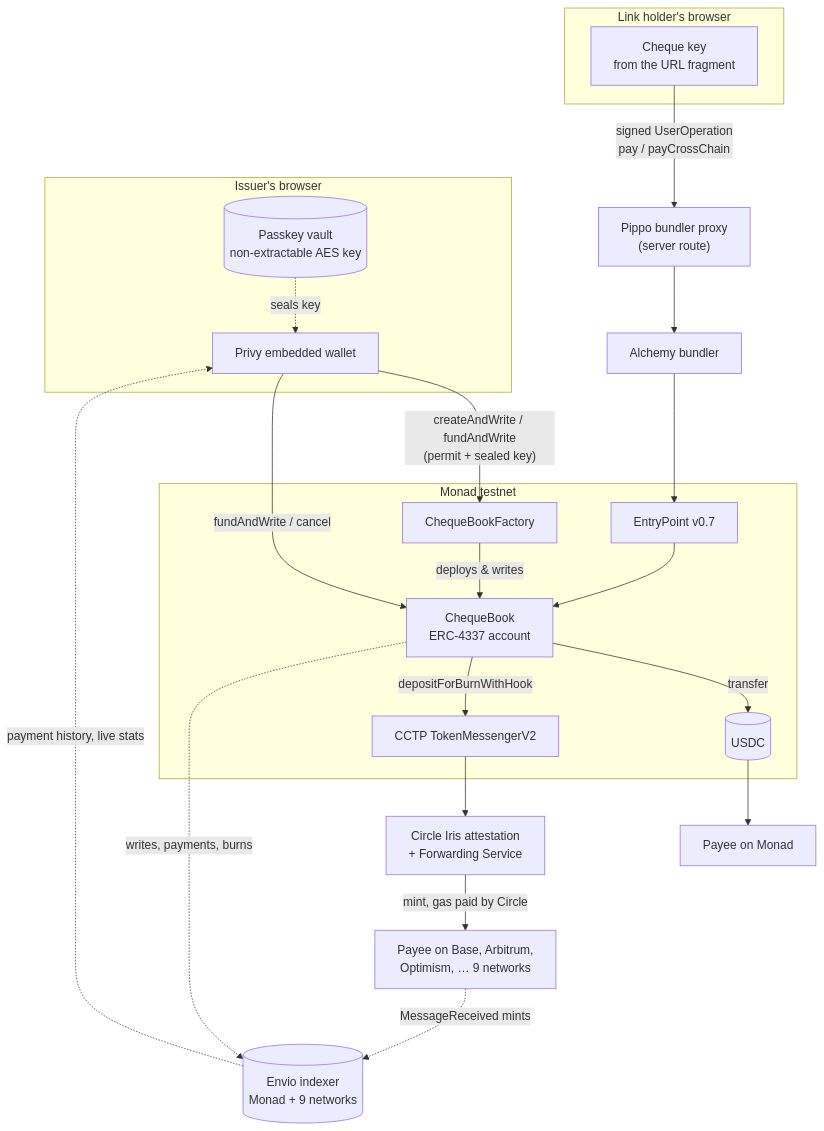
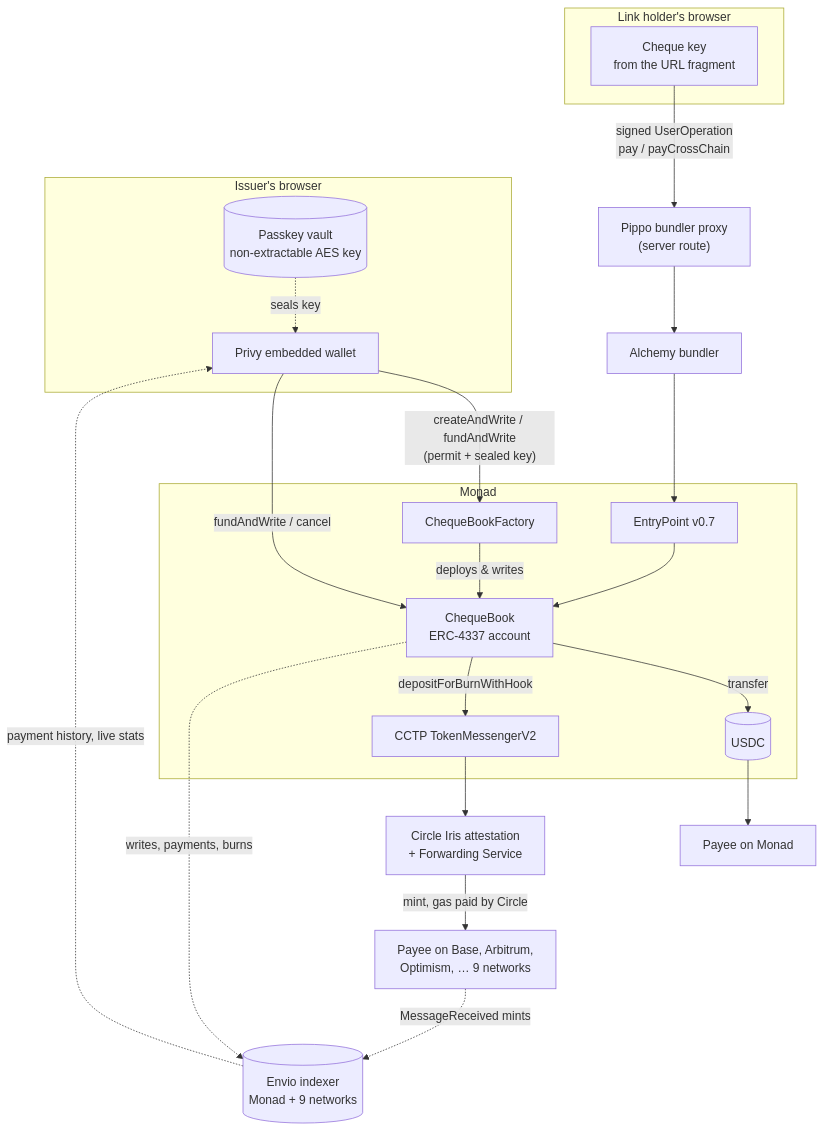
Before and after one commit to emeieiron/spookly: the first of 2 diagrams in README.md, drawn with Mermaid. The commit also changed other lines of this file and 49 other files, not shown here.

````diff
--- a/README.md
+++ b/README.md
@@ -69,34 +71,34 @@
 ```mermaid
 flowchart TB
     subgraph Issuer["Issuer's browser"]
         W[Privy embedded wallet]
         V[(Passkey vault<br/>non-extractable AES key)]
     end
     subgraph Holder["Link holder's browser"]
         K[Cheque key<br/>from the URL fragment]
     end
-    subgraph Monad["Monad testnet"]
+    subgraph Monad["Monad"]
         F[ChequeBookFactory]
         B[ChequeBook<br/>ERC-4337 account]
         EP[EntryPoint v0.7]
         U[(USDC)]
         TM[CCTP TokenMessengerV2]
     end
     P["Pippo bundler proxy<br/>(server route)"]
     A[Alchemy bundler]
     C[Circle Iris attestation<br/>+ Forwarding Service]
     D[Payee on Base, Arbitrum,<br/>Optimism, … 9 networks]
     M[Payee on Monad]
 
     W -- "createAndWrite / fundAndWrite<br/>(permit + sealed key)" --> F
     F -- deploys & writes --> B
     W -- "fundAndWrite / cancel" --> B
     V -. seals key .-> W
     K -- "signed UserOperation<br/>pay / payCrossChain" --> P --> A --> EP --> B
     B -- transfer --> U --> M
     B -- "depositForBurnWithHook" --> TM --> C -- "mint, gas paid by Circle" --> D
     X[(Envio indexer<br/>Monad + 9 networks)]
     B -. "writes, payments, burns" .-> X
     D -. "MessageReceived mints" .-> X
     X -. "payment history, live stats" .-> W
 ```
````
